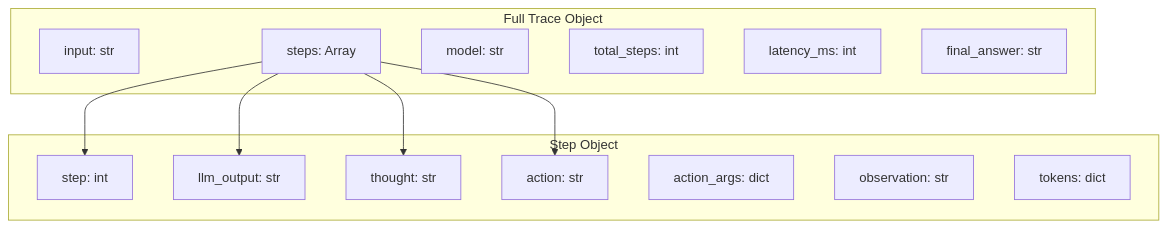
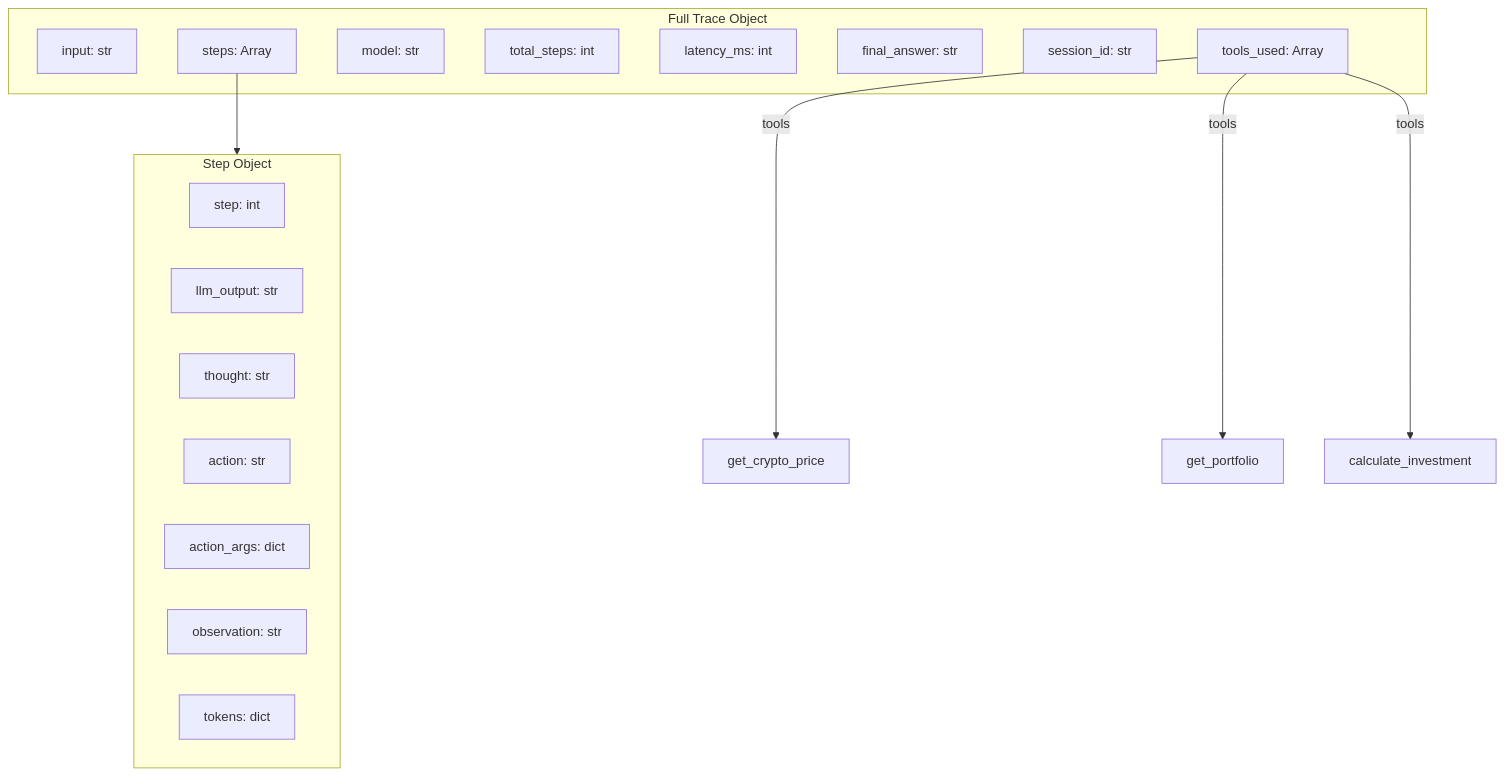
One commit to vinai-lab3-e403-13/Day-3-Lab-Chatbot-vs-react-agent changed the fourth of 5 diagrams in flowchart.md. Above: the diagram before and after it, drawn with Mermaid. The commit also changed other lines of this file, not shown here.

Commit message:
feat: adding tool used to logging

````diff
--- a/flowchart.md
+++ b/flowchart.md
@@ -52,26 +87,28 @@
 ```mermaid
 flowchart TD
-    subgraph "Full Trace Object"
+    subgraph FullTrace["Full Trace Object"]
         T1[input: str]
         T2[steps: Array]
         T3[model: str]
         T4[total_steps: int]
         T5[latency_ms: int]
         T6[final_answer: str]
+        T7[session_id: str]
+        T8[tools_used: Array]
     end
 
-    subgraph "Step Object"
+    subgraph StepObject["Step Object"]
         S1[step: int]
         S2[llm_output: str]
         S3[thought: str]
         S4[action: str]
         S5[action_args: dict]
         S6[observation: str]
         S7[tokens: dict]
     end
 
-    T2 --> S1
-    T2 --> S2
-    T2 --> S3
-    T2 --> S4
+    T2 --> StepObject
+    T8 -->|tools| TB1["get_crypto_price"]
+    T8 -->|tools| TB2["get_portfolio"]
+    T8 -->|tools| TB3["calculate_investment"]
 ```
````
